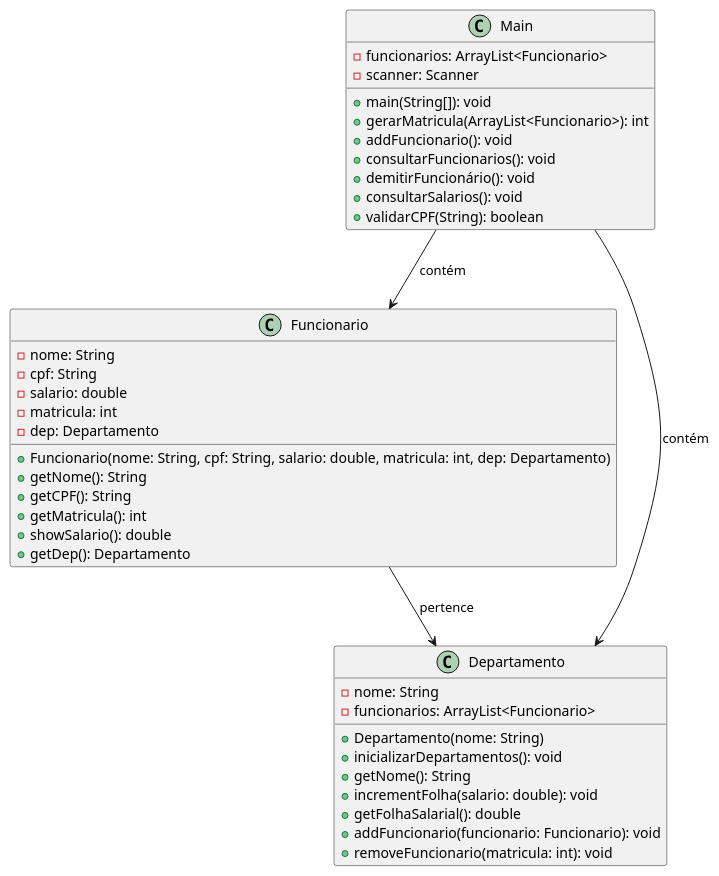
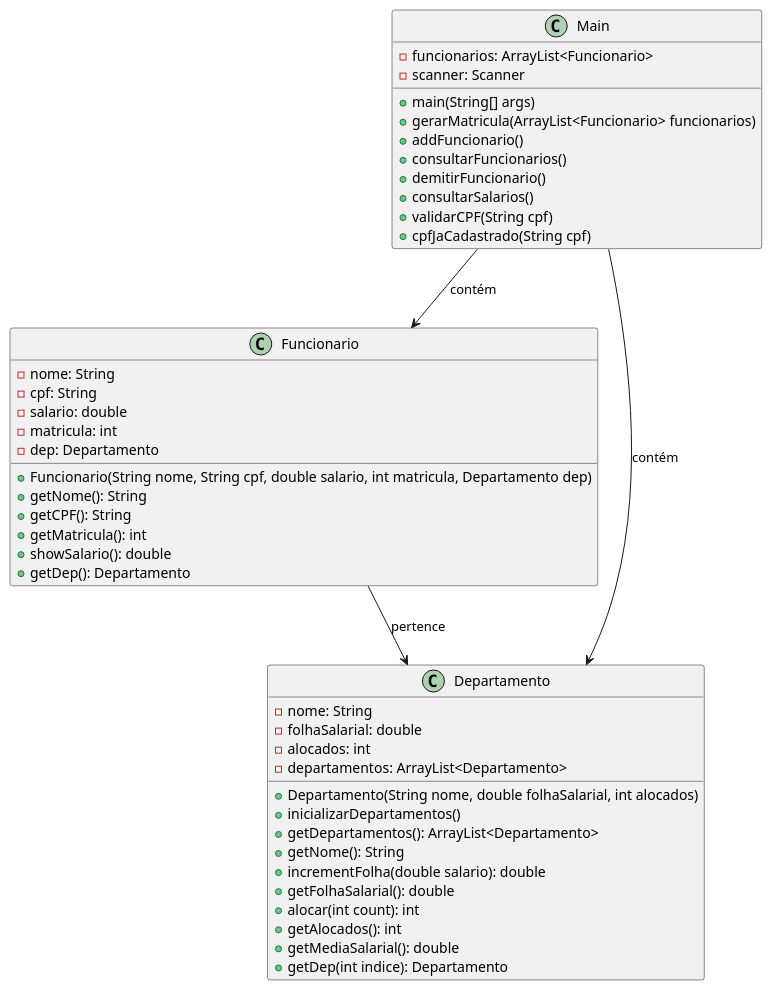
Before and after one commit to TheMarksan/gerenciadorFunc-poo-java: the diagram in diagrama.puml, drawn with PlantUML. The commit also changed 1 other file, not shown here.

```diff
--- a/diagrama.puml
+++ b/diagrama.puml
@@ -1,48 +1,51 @@
 @startuml
 
 class Main {
     - funcionarios: ArrayList<Funcionario>
     - scanner: Scanner
-
-    + main(String[]): void
-    + gerarMatricula(ArrayList<Funcionario>): int
-    + addFuncionario(): void
-    + consultarFuncionarios(): void
-    + demitirFuncionário(): void
-    + consultarSalarios(): void
-    + validarCPF(String): boolean
+    + main(String[] args)
+    + gerarMatricula(ArrayList<Funcionario> funcionarios)
+    + addFuncionario()
+    + consultarFuncionarios()
+    + demitirFuncionario()
+    + consultarSalarios()
+    + validarCPF(String cpf)
+    + cpfJaCadastrado(String cpf)
 }
 
 class Funcionario {
     - nome: String
     - cpf: String
     - salario: double
     - matricula: int
     - dep: Departamento
-
-    + Funcionario(nome: String, cpf: String, salario: double, matricula: int, dep: Departamento)
+    + Funcionario(String nome, String cpf, double salario, int matricula, Departamento dep)
     + getNome(): String
     + getCPF(): String
     + getMatricula(): int
     + showSalario(): double
     + getDep(): Departamento
 }
 
 class Departamento {
     - nome: String
-    - funcionarios: ArrayList<Funcionario>
-
-    + Departamento(nome: String)
-    + inicializarDepartamentos(): void
+    - folhaSalarial: double
+    - alocados: int
+    - departamentos: ArrayList<Departamento>
+    + Departamento(String nome, double folhaSalarial, int alocados)
+    + inicializarDepartamentos()
+    + getDepartamentos(): ArrayList<Departamento>
     + getNome(): String
-    + incrementFolha(salario: double): void
+    + incrementFolha(double salario): double
     + getFolhaSalarial(): double
-    + addFuncionario(funcionario: Funcionario): void
-    + removeFuncionario(matricula: int): void
+    + alocar(int count): int
+    + getAlocados(): int
+    + getMediaSalarial(): double
+    + getDep(int indice): Departamento
 }
 
 Main --> Funcionario: contém
 Main --> Departamento: contém
 Funcionario --> Departamento: pertence
 
 @enduml
```
